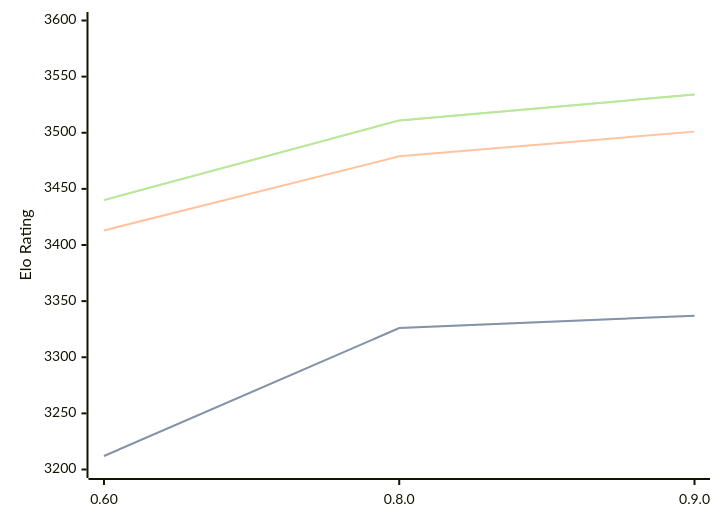
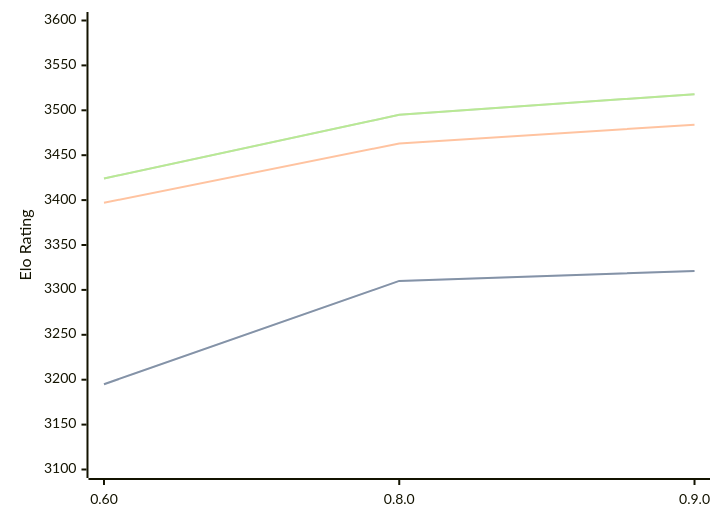
One commit to computer-chess-index/cci changed the diagram in engines/Motor.md. Above: the diagram before and after it, drawn with Mermaid. The commit also changed other lines of this file, not shown here.

Commit message:
Update CCI Ratings (ELO VLTC) - 2026-05-20

````diff
--- a/engines/Motor.md
+++ b/engines/Motor.md
@@ -39,11 +39,11 @@
 ```mermaid
 %%{init: {"theme":"base","themeVariables":{"seriesColors:['#a3a3a3','#222221','#faa371']}}}%%
 xychart-beta
   x-axis ["0.60", "0.8.0", "0.9.0"]
-  y-axis "Elo Rating" 3200 --> 3600
-  line "STC (8.0+0.08s)" [3212, 3326, 3337]
-  line "STC (8.0+0.08s)" [3212, 3326, 3337]
-  line "LTC (60.0+0.60s)" [3413, 3479, 3501]
-  line "VLTC (2m24s+1.12s)" [3440, 3511, 3534]
-  line "VLTC (2m24s+1.12s)" [3440, 3511, 3534]
+  y-axis "Elo Rating" 3100 --> 3600
+  line "STC (8.0+0.08s)" [3195, 3310, 3321]
+  line "STC (8.0+0.08s)" [3195, 3310, 3321]
+  line "LTC (60.0+0.60s)" [3397, 3463, 3484]
+  line "VLTC (2m24s+1.12s)" [3424, 3495, 3518]
+  line "VLTC (2m24s+1.12s)" [3424, 3495, 3518]
 ```
````
